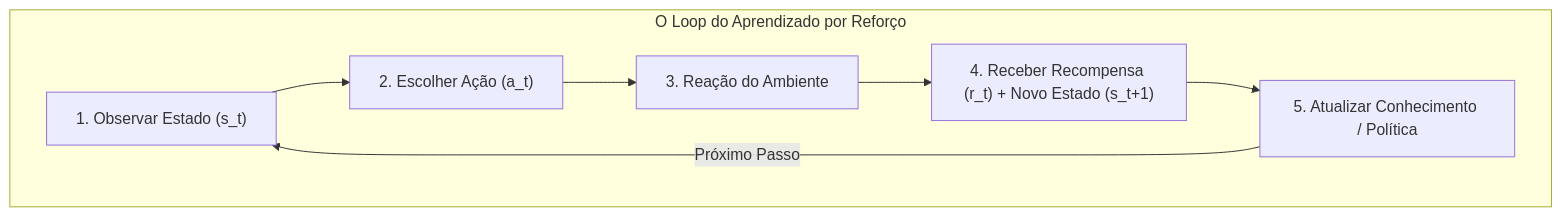
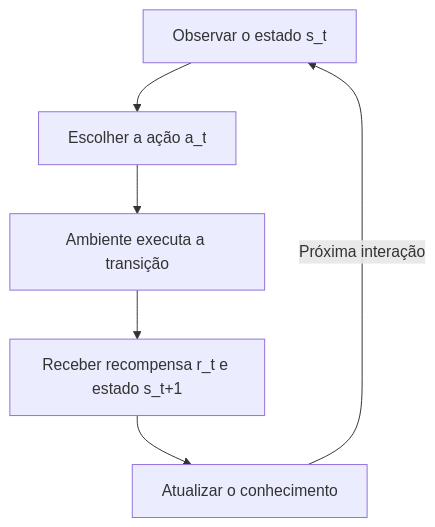
One commit to LKSFerreira/learning-artificial-intelligence changed the diagram in src/conteudo/fase-1-fundamentos/07-rl-cycle.md. Above: the diagram before and after it, drawn with Mermaid. The commit also changed other lines of this file and 6 other files, not shown here.

````diff
--- a/src/conteudo/fase-1-fundamentos/07-rl-cycle.md
+++ b/src/conteudo/fase-1-fundamentos/07-rl-cycle.md
@@ -20,10 +20,8 @@
 ```mermaid
 graph TD
-    subgraph O Loop do Aprendizado por Reforço
-        E1["1. Observar Estado (s_t)"] --> E2["2. Escolher Ação (a_t)"]
-        E2 --> E3["3. Reação do Ambiente"]
-        E3 --> E4["4. Receber Recompensa (r_t) + Novo Estado (s_t+1)"]
-        E4 --> E5["5. Atualizar Conhecimento / Política"]
-        E5 -->|Próximo Passo| E1
-    end
+    E1["Observar o estado s_t"] --> E2["Escolher a ação a_t"]
+    E2 --> E3["Ambiente executa a transição"]
+    E3 --> E4["Receber recompensa r_t e estado s_t+1"]
+    E4 --> E5["Atualizar o conhecimento"]
+    E5 -->|Próxima interação| E1
 ```
````
